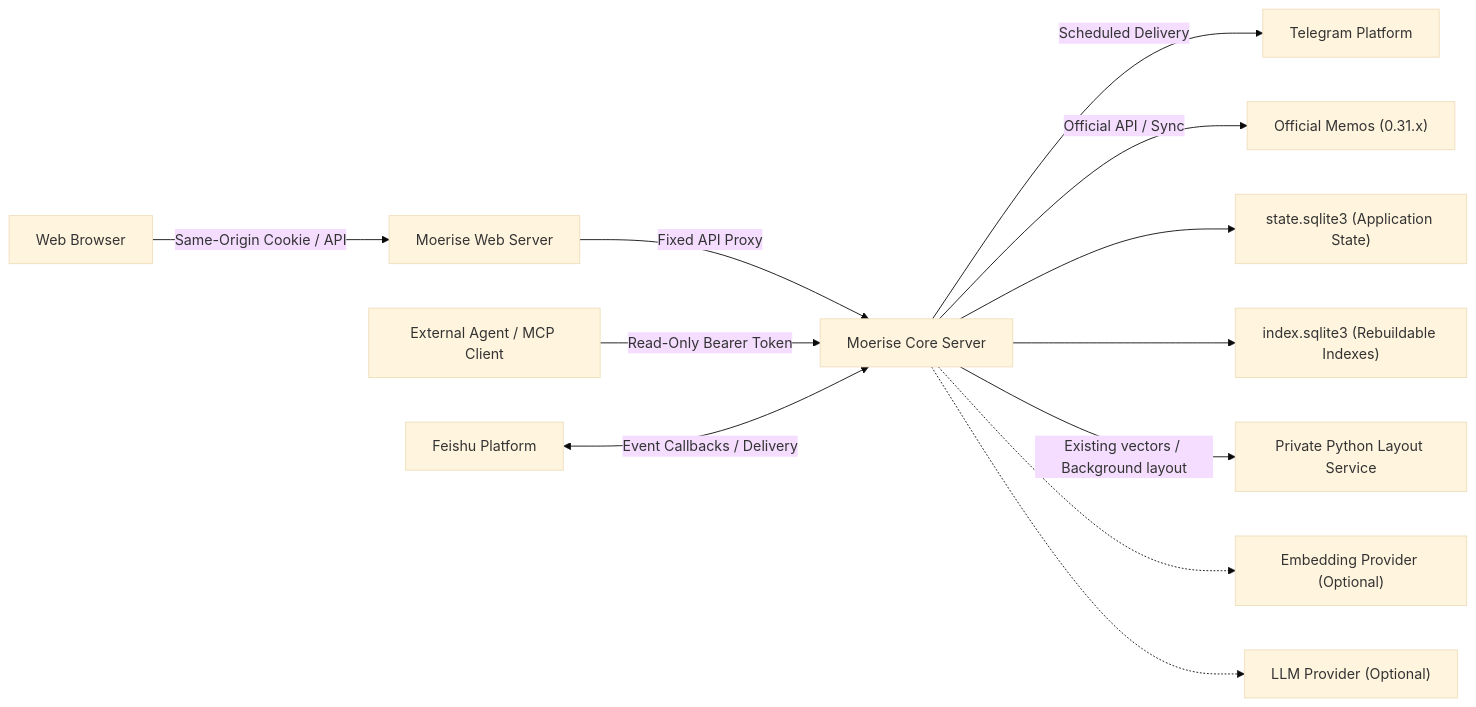
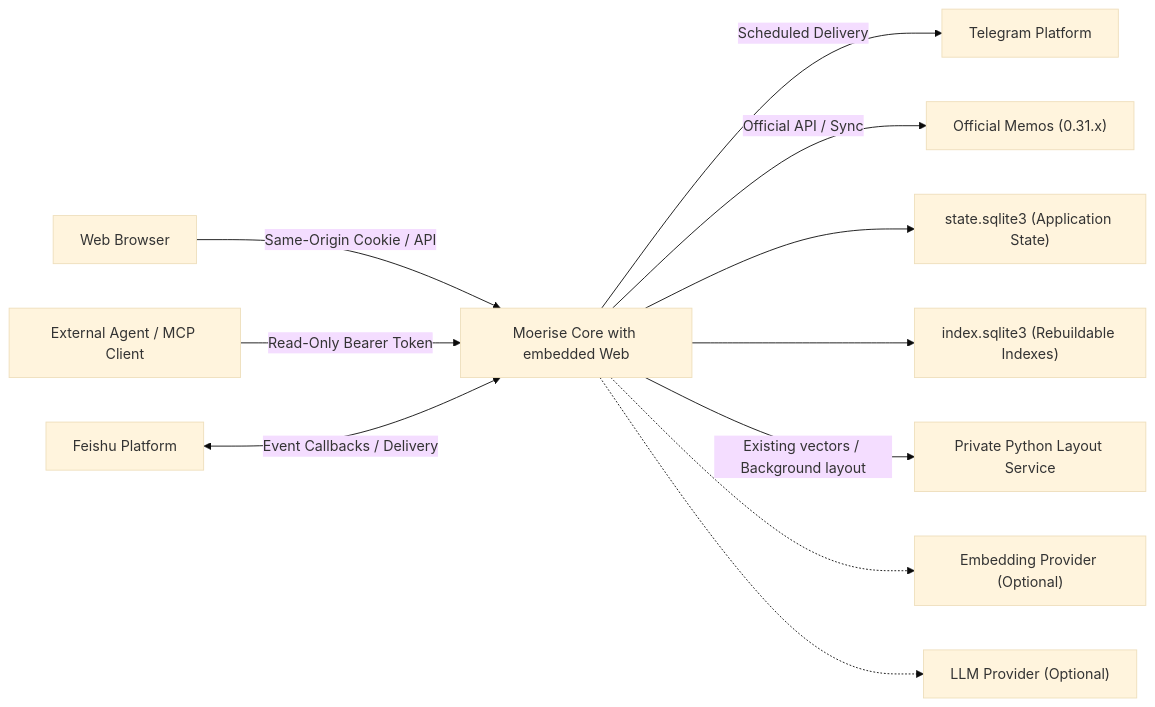
The diagram in README.en.md (Fermin214/Moerise), drawn with Mermaid (base theme) before and after one commit. The commit also changed other lines of this file and 288 other files, not shown here.

````diff
--- a/README.en.md
+++ b/README.en.md
@@ -51,15 +51,14 @@
 ```mermaid
 flowchart LR
-    Browser["Web Browser"] -->|"Same-Origin Cookie / API"| Web["Moerise Web Server"]
-    Web -->|"Fixed API Proxy"| Core["Moerise Core Server"]
+    Browser["Web Browser"] -->|"Same-Origin Cookie / API"| Core["Moerise Core with embedded Web"]
     Agent["External Agent / MCP Client"] -->|"Read-Only Bearer Token"| Core
     Feishu["Feishu Platform"] <-->|"Event Callbacks / Delivery"| Core
     Core -->|"Scheduled Delivery"| Telegram["Telegram Platform"]
 
     Core -->|"Official API / Sync"| Memos["Official Memos (0.31.x)"]
     Core --> State["state.sqlite3 (Application State)"]
     Core --> Index["index.sqlite3 (Rebuildable Indexes)"]
     Core -->|"Existing vectors / Background layout"| Layout["Private Python Layout Service"]
     Core -.-> Embedding["Embedding Provider (Optional)"]
     Core -.-> LLM["LLM Provider (Optional)"]
 ```
````
